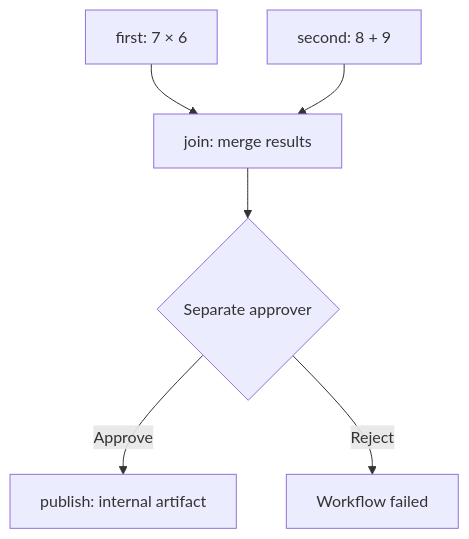
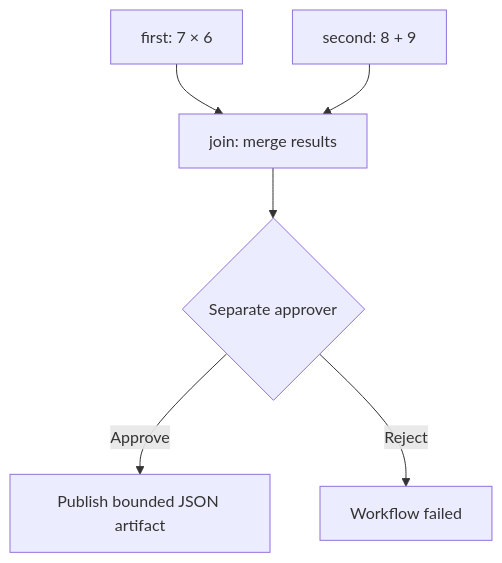
One commit to MasterLKH180cm/agentic-system changed the third of 3 diagrams in README.md. Above: the diagram before and after it, drawn with Mermaid. The commit also changed other lines of this file and 32 other files, not shown here.

````diff
--- a/README.md
+++ b/README.md
@@ -197,8 +217,8 @@
 ```mermaid
 flowchart TD
     First["first: 7 × 6"] --> Join["join: merge results"]
     Second["second: 8 + 9"] --> Join
-    Join --> Approval{"Separate approver"}
-    Approval -->|Approve| Publish["publish: internal artifact"]
-    Approval -->|Reject| Failed["Workflow failed"]
+    Join --> Gate{"Separate approver"}
+    Gate -->|Approve| Publish["Publish bounded JSON artifact"]
+    Gate -->|Reject| Failed["Workflow failed"]
 ```
````
